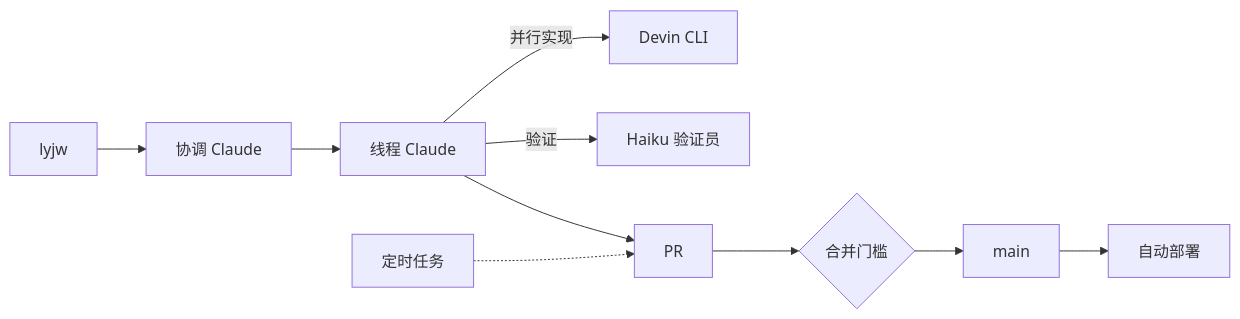
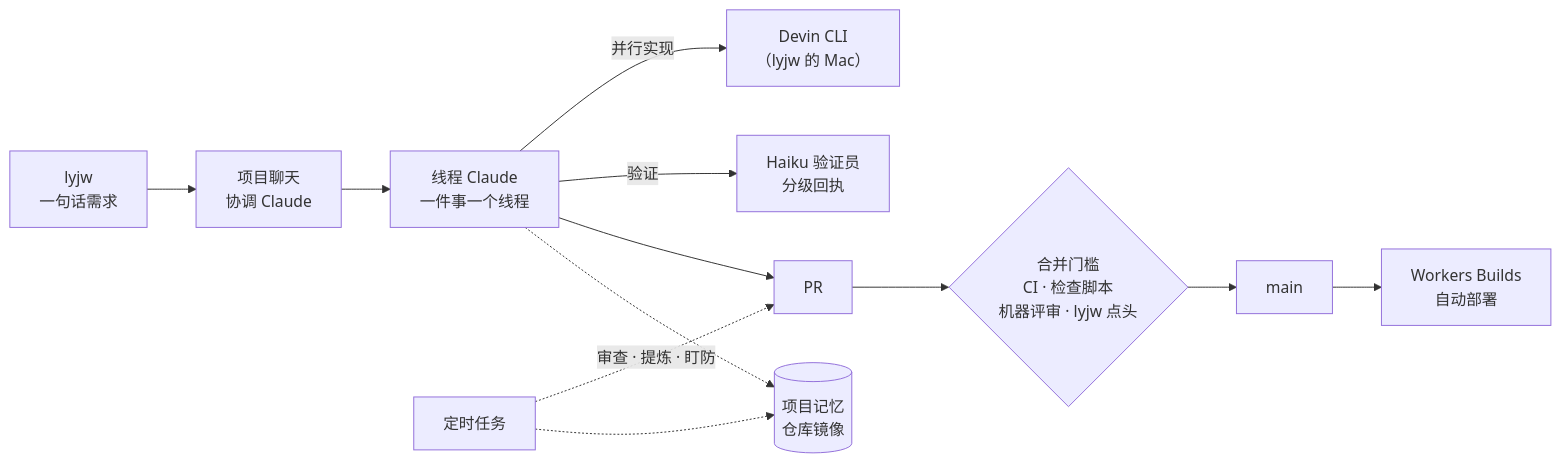
The diagram in README.md (LYJW131/lyjwpage), drawn with Mermaid before and after one commit. The commit also changed 1 other file, not shown here.

Commit message:
docs(readme): 开发工作流一节换成完整流程图
Claude-Session: https://claude.ai/code/session_015e4KhFQcT1vTJQWerUU7A3

````diff
--- a/README.md
+++ b/README.md
@@ -166,8 +166,13 @@
 ```mermaid
 flowchart LR
-  L["lyjw"] --> P["协调 Claude"] --> T["线程 Claude"]
-  T -->|并行实现| D["Devin CLI"]
-  T -->|验证| H["Haiku 验证员"]
-  T --> PR["PR"] --> G{"合并门槛"} --> M["main"] --> W["自动部署"]
-  R["定时任务"] -.-> PR
+  L["lyjw<br/>一句话需求"] --> P["项目聊天<br/>协调 Claude"]
+  P --> T["线程 Claude<br/>一件事一个线程"]
+  T -->|并行实现| D["Devin CLI<br/>（lyjw 的 Mac）"]
+  T -->|验证| H["Haiku 验证员<br/>分级回执"]
+  T --> PR["PR"]
+  PR --> G{"合并门槛<br/>CI · 检查脚本<br/>机器评审 · lyjw 点头"}
+  G --> M["main"] --> W["Workers Builds<br/>自动部署"]
+  R["定时任务"] -.->|审查 · 提炼 · 盯防| PR
+  R -.-> MEM[("项目记忆<br/>仓库镜像")]
+  T -.-> MEM
 ```
````
